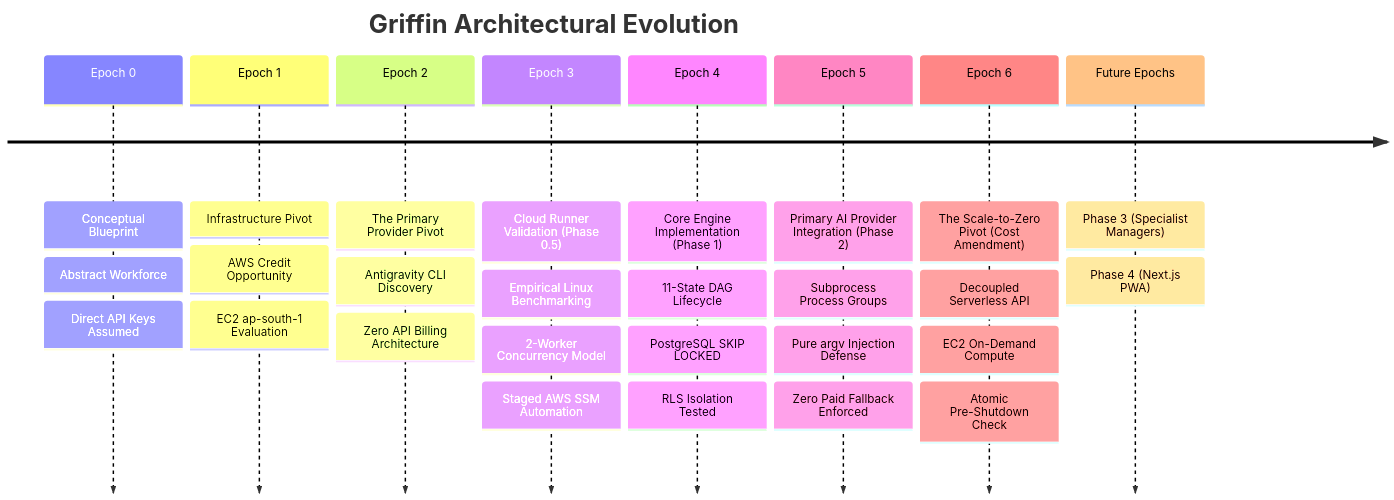
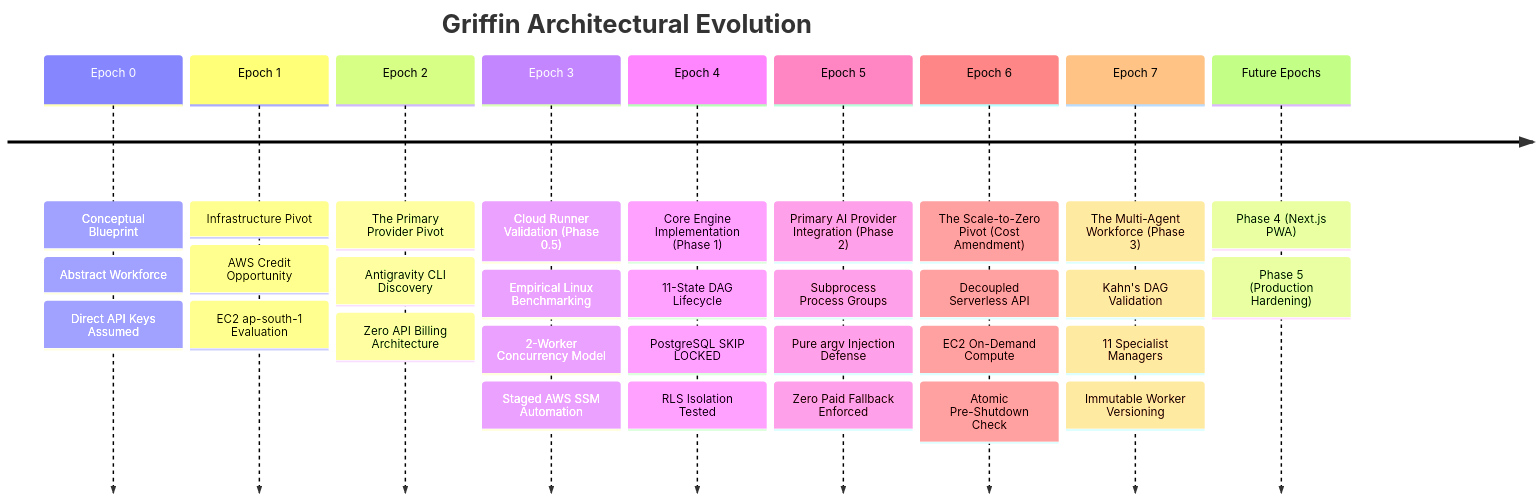
One commit to adhyan-jain/griffin changed the diagram in evolution.md. Above: the diagram before and after it, drawn with Mermaid. The commit also changed other lines of this file and 35 other files, not shown here.

Commit message:
feat(orchestrator): implement Phase 3 JJ orchestrator, agent factory, and manager framework

````diff
--- a/evolution.md
+++ b/evolution.md
@@ -9,12 +9,13 @@
 ```mermaid
 timeline
     title Griffin Architectural Evolution
     Epoch 0 : Conceptual Blueprint : Abstract Workforce : Direct API Keys Assumed
     Epoch 1 : Infrastructure Pivot : AWS Credit Opportunity : EC2 ap-south-1 Evaluation
     Epoch 2 : The Primary Provider Pivot : Antigravity CLI Discovery : Zero API Billing Architecture
     Epoch 3 : Cloud Runner Validation (Phase 0.5) : Empirical Linux Benchmarking : 2-Worker Concurrency Model : Staged AWS SSM Automation
     Epoch 4 : Core Engine Implementation (Phase 1) : 11-State DAG Lifecycle : PostgreSQL SKIP LOCKED : RLS Isolation Tested
     Epoch 5 : Primary AI Provider Integration (Phase 2) : Subprocess Process Groups : Pure argv Injection Defense : Zero Paid Fallback Enforced
     Epoch 6 : The Scale-to-Zero Pivot (Cost Amendment) : Decoupled Serverless API : EC2 On-Demand Compute : Atomic Pre-Shutdown Check
-    Future Epochs : Phase 3 (Specialist Managers) : Phase 4 (Next.js PWA)
+    Epoch 7 : The Multi-Agent Workforce (Phase 3) : Kahn's DAG Validation : 11 Specialist Managers : Immutable Worker Versioning
+    Future Epochs : Phase 4 (Next.js PWA) : Phase 5 (Production Hardening)
 ```
````
